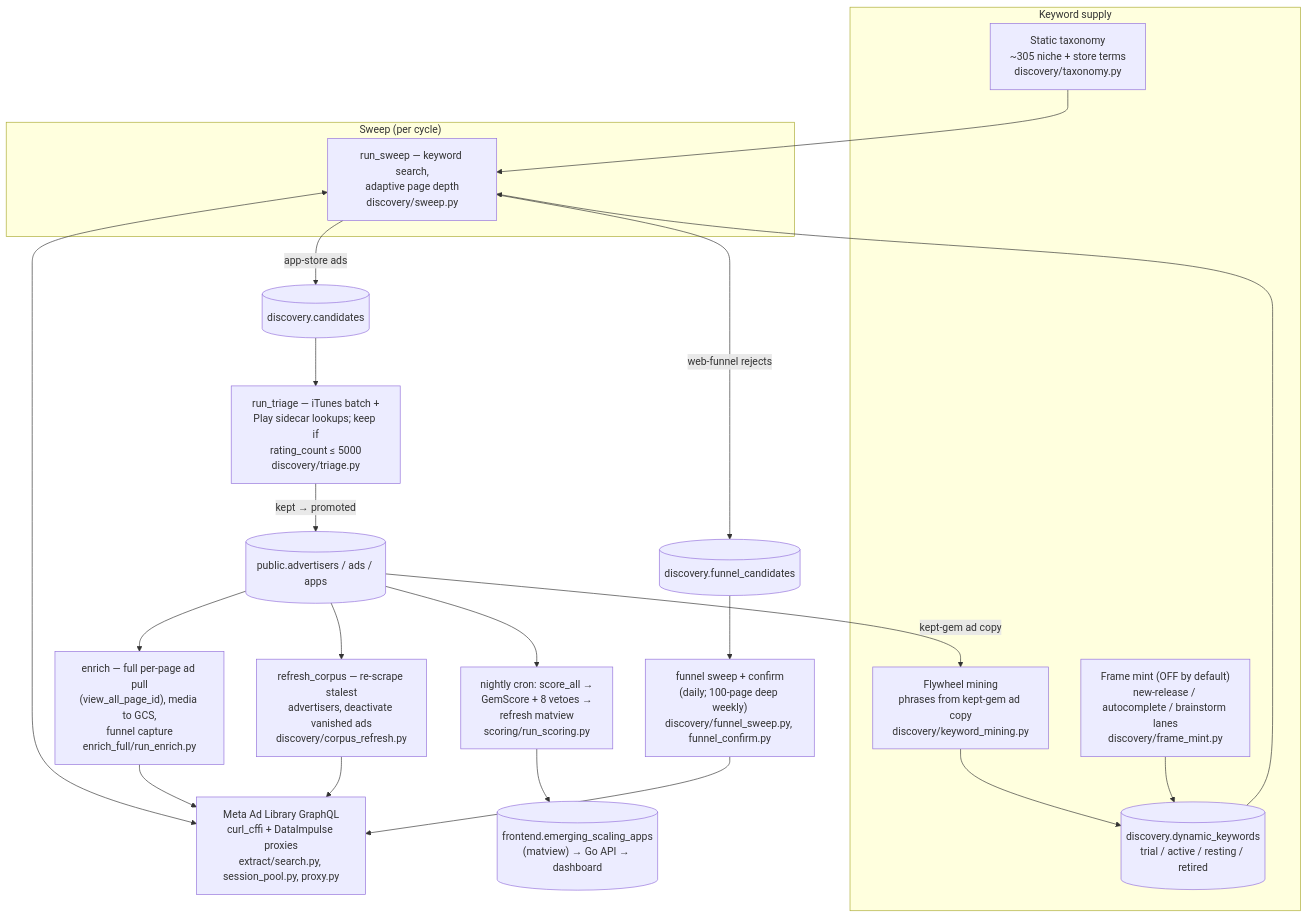
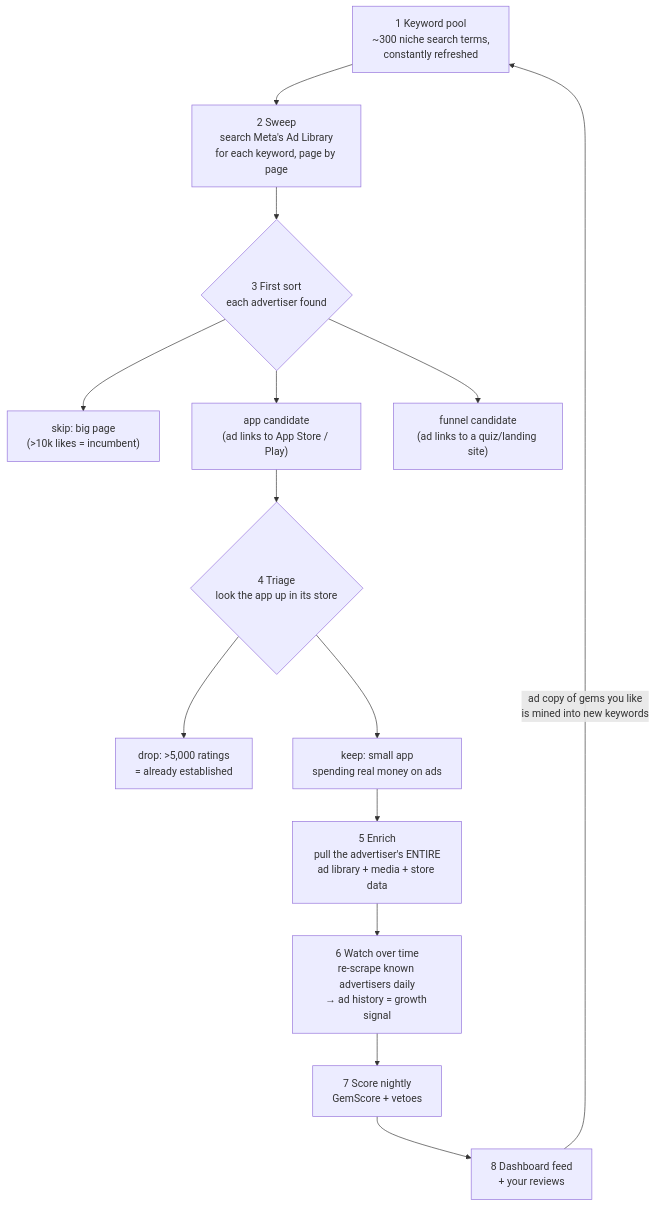
One commit to EdasL/meta-ads-scraper changed the diagram in docs/scraping-overview.md. Above: the diagram before and after it, drawn with Mermaid. The commit also changed other lines of this file, not shown here.

````diff
--- a/docs/scraping-overview.md
+++ b/docs/scraping-overview.md
@@ -9,50 +9,24 @@
 ```mermaid
 flowchart TD
-    subgraph KW["Keyword supply"]
-        TAX["Static taxonomy<br/>~305 niche + store terms<br/>discovery/taxonomy.py"]
-        FLY["Flywheel mining<br/>phrases from kept-gem ad copy<br/>discovery/keyword_mining.py"]
-        MINT["Frame mint (OFF by default)<br/>new-release / autocomplete / brainstorm lanes<br/>discovery/frame_mint.py"]
-        DK[("discovery.dynamic_keywords<br/>trial / active / resting / retired")]
-        FLY --> DK
-        MINT --> DK
-    end
+    KW["1 Keyword pool<br/>~300 niche search terms,<br/>constantly refreshed"]
+    SWEEP["2 Sweep<br/>search Meta's Ad Library<br/>for each keyword, page by page"]
+    SORT{"3 First sort<br/>each advertiser found"}
+    SKIP["skip: big page<br/>(>10k likes = incumbent)"]
+    APP["app candidate<br/>(ad links to App Store / Play)"]
+    FUN["funnel candidate<br/>(ad links to a quiz/landing site)"]
+    TRIAGE{"4 Triage<br/>look the app up in its store"}
+    DROP["drop: >5,000 ratings<br/>= already established"]
+    KEEP["keep: small app<br/>spending real money on ads"]
+    ENRICH["5 Enrich<br/>pull the advertiser's ENTIRE<br/>ad library + media + store data"]
+    WATCH["6 Watch over time<br/>re-scrape known advertisers daily<br/>→ ad history = growth signal"]
+    SCORE["7 Score nightly<br/>GemScore + vetoes"]
+    FEED["8 Dashboard feed<br/>+ your reviews"]
 
-    subgraph SWEEP["Sweep (per cycle)"]
-        SW["run_sweep — keyword search,<br/>adaptive page depth<br/>discovery/sweep.py"]
-    end
-    TAX --> SW
-    DK --> SW
-
-    META["Meta Ad Library GraphQL<br/>curl_cffi + DataImpulse proxies<br/>extract/search.py, session_pool.py, proxy.py"]
-    SW <--> META
-
-    CAND[("discovery.candidates")]
-    FCAND[("discovery.funnel_candidates")]
-    SW -->|"app-store ads"| CAND
-    SW -->|"web-funnel rejects"| FCAND
-
-    TRI["run_triage — iTunes batch +<br/>Play sidecar lookups; keep if<br/>rating_count ≤ 5000<br/>discovery/triage.py"]
-    CAND --> TRI
-
-    ADV[("public.advertisers / ads / apps")]
-    TRI -->|"kept → promoted"| ADV
-
-    ENR["enrich — full per-page ad pull<br/>(view_all_page_id), media to GCS,<br/>funnel capture<br/>enrich_full/run_enrich.py"]
-    ADV --> ENR
-    ENR --> META
-
-    CR["refresh_corpus — re-scrape stalest<br/>advertisers, deactivate vanished ads<br/>discovery/corpus_refresh.py"]
-    ADV --> CR
-    CR --> META
-
-    FSW["funnel sweep + confirm<br/>(daily; 100-page deep weekly)<br/>discovery/funnel_sweep.py, funnel_confirm.py"]
-    FCAND --> FSW
-    FSW --> META
-
-    SCORE["nightly cron: score_all →<br/>GemScore + 8 vetoes →<br/>refresh matview<br/>scoring/run_scoring.py"]
-    ADV --> SCORE
-    MV[("frontend.emerging_scaling_apps<br/>(matview) → Go API → dashboard")]
-    SCORE --> MV
-
-    ADV -->|"kept-gem ad copy"| FLY
+    KW --> SWEEP --> SORT
+    SORT --> SKIP
+    SORT --> APP --> TRIAGE
+    SORT --> FUN
+    TRIAGE --> DROP
+    TRIAGE --> KEEP --> ENRICH --> WATCH --> SCORE --> FEED
+    FEED -->|"ad copy of gems you like<br/>is mined into new keywords"| KW
 ```
````
